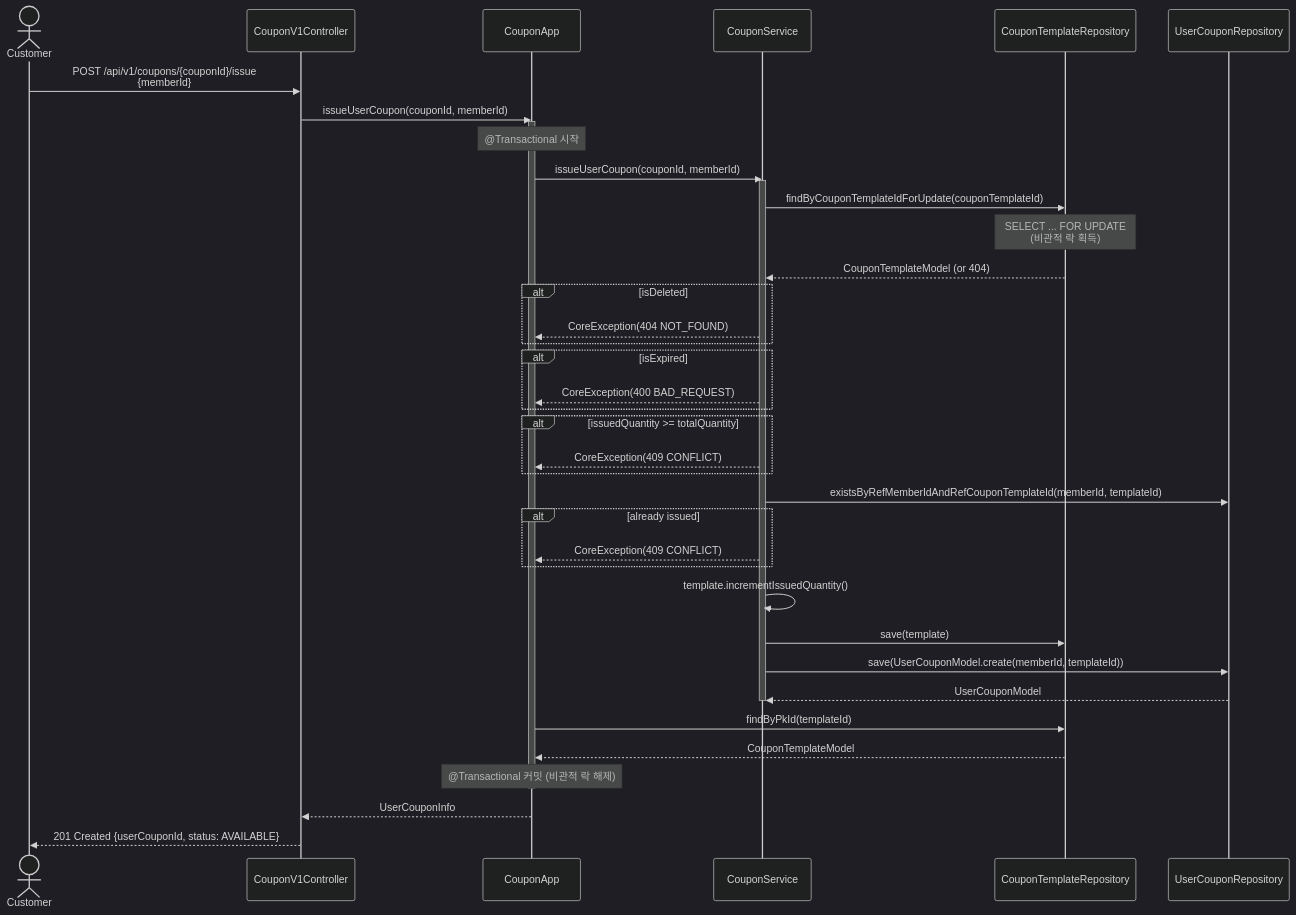
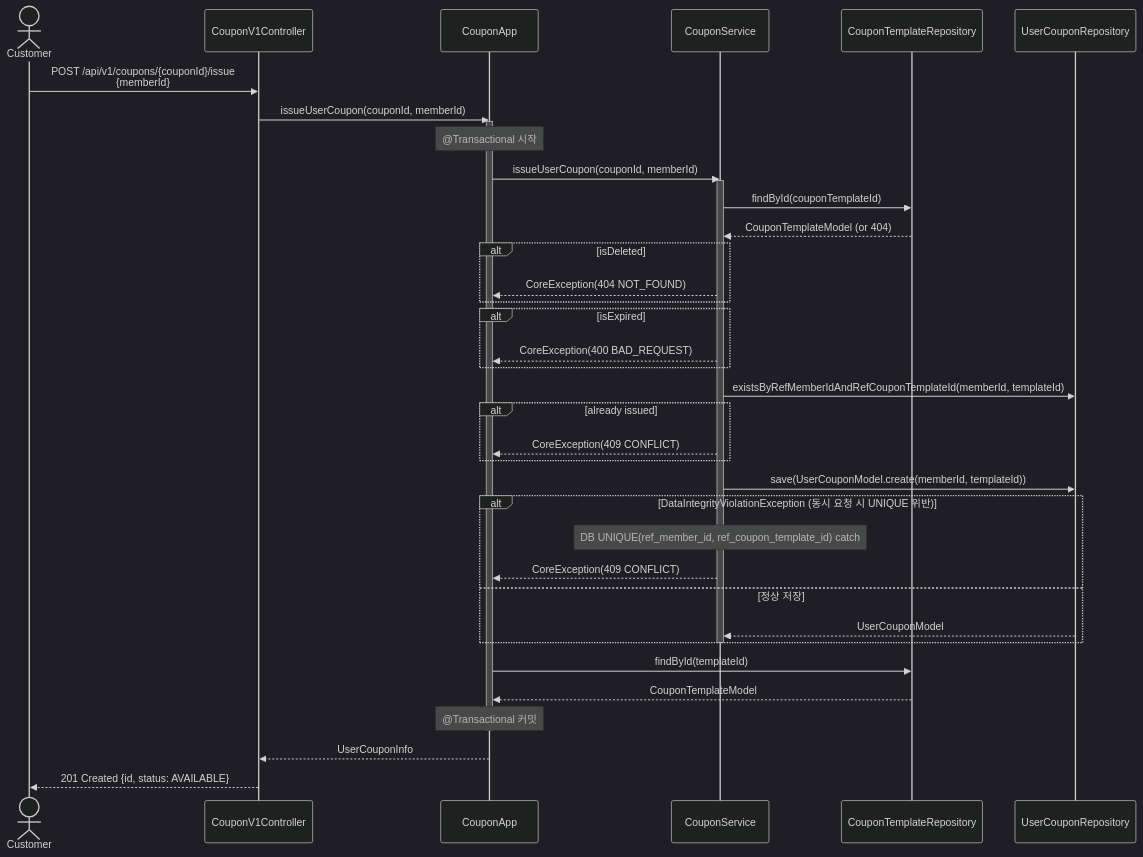
Before and after one commit to YoHanKi/loop-pack-be-l2-vol3-java: the sixth of 6 diagrams in docs/design/02-sequence-diagrams.md, drawn with Mermaid (dark theme). The commit also changed other lines of this file and 2 other files, not shown here.

````diff
--- a/docs/design/02-sequence-diagrams.md
+++ b/docs/design/02-sequence-diagrams.md
@@ -371,64 +371,61 @@
 ```mermaid
 sequenceDiagram
     actor Customer
     participant Controller as CouponV1Controller
     participant CouponApp as CouponApp
     participant CouponService as CouponService
     participant TemplateRepo as CouponTemplateRepository
     participant UserCouponRepo as UserCouponRepository
 
     Customer->>Controller: POST /api/v1/coupons/{couponId}/issue<br/>{memberId}
     Controller->>CouponApp: issueUserCoupon(couponId, memberId)
 
     activate CouponApp
     Note over CouponApp: @Transactional 시작
 
     CouponApp->>CouponService: issueUserCoupon(couponId, memberId)
 
     activate CouponService
 
-    %% 비관적 락으로 템플릿 조회 (수량 경합 방지)
-    CouponService->>TemplateRepo: findByCouponTemplateIdForUpdate(couponTemplateId)
-    Note over TemplateRepo: SELECT ... FOR UPDATE<br/>(비관적 락 획득)
+    %% 일반 조회 (락 없음)
+    CouponService->>TemplateRepo: findById(couponTemplateId)
     TemplateRepo-->>CouponService: CouponTemplateModel (or 404)
 
     %% 삭제 여부 확인
     alt isDeleted
         CouponService-->>CouponApp: CoreException(404 NOT_FOUND)
     end
 
     %% 만료 여부 확인
     alt isExpired
         CouponService-->>CouponApp: CoreException(400 BAD_REQUEST)
     end
 
-    %% 수량 확인
-    alt issuedQuantity >= totalQuantity
-        CouponService-->>CouponApp: CoreException(409 CONFLICT)
-    end
-
-    %% 중복 발급 확인
+    %% 중복 발급 선조회 확인
     CouponService->>UserCouponRepo: existsByRefMemberIdAndRefCouponTemplateId(memberId, templateId)
     alt already issued
         CouponService-->>CouponApp: CoreException(409 CONFLICT)
     end
 
-    %% 발급 처리
-    CouponService->>CouponService: template.incrementIssuedQuantity()
-    CouponService->>TemplateRepo: save(template)
+    %% 발급 처리 (UNIQUE 제약이 최종 방어선)
+    CouponService->>UserCouponRepo: save(UserCouponModel.create(memberId, templateId))
 
-    CouponService->>UserCouponRepo: save(UserCouponModel.create(memberId, templateId))
-    UserCouponRepo-->>CouponService: UserCouponModel
+    alt DataIntegrityViolationException (동시 요청 시 UNIQUE 위반)
+        Note over CouponService: DB UNIQUE(ref_member_id, ref_coupon_template_id) catch
+        CouponService-->>CouponApp: CoreException(409 CONFLICT)
+    else 정상 저장
+        UserCouponRepo-->>CouponService: UserCouponModel
+    end
 
     deactivate CouponService
 
     %% Info 변환을 위한 template 재조회 (expiredAt 필요)
-    CouponApp->>TemplateRepo: findByPkId(templateId)
+    CouponApp->>TemplateRepo: findById(templateId)
     TemplateRepo-->>CouponApp: CouponTemplateModel
 
-    Note over CouponApp: @Transactional 커밋 (비관적 락 해제)
+    Note over CouponApp: @Transactional 커밋
     deactivate CouponApp
 
     CouponApp-->>Controller: UserCouponInfo
-    Controller-->>Customer: 201 Created {userCouponId, status: AVAILABLE}
+    Controller-->>Customer: 201 Created {id, status: AVAILABLE}
 ```
````
